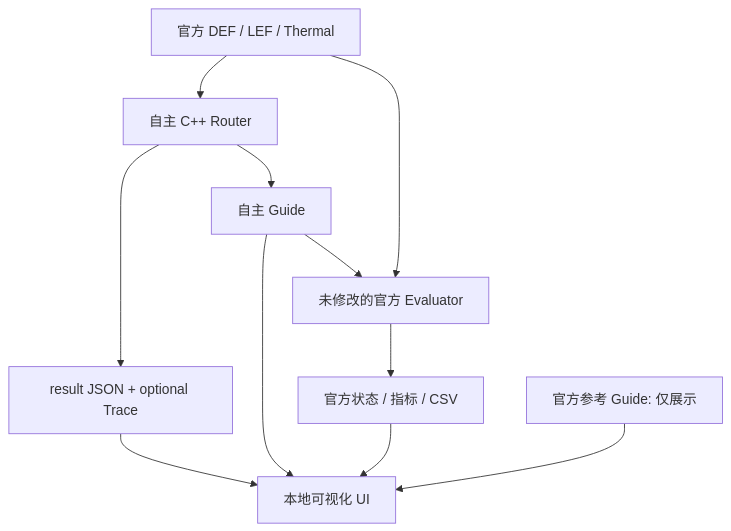
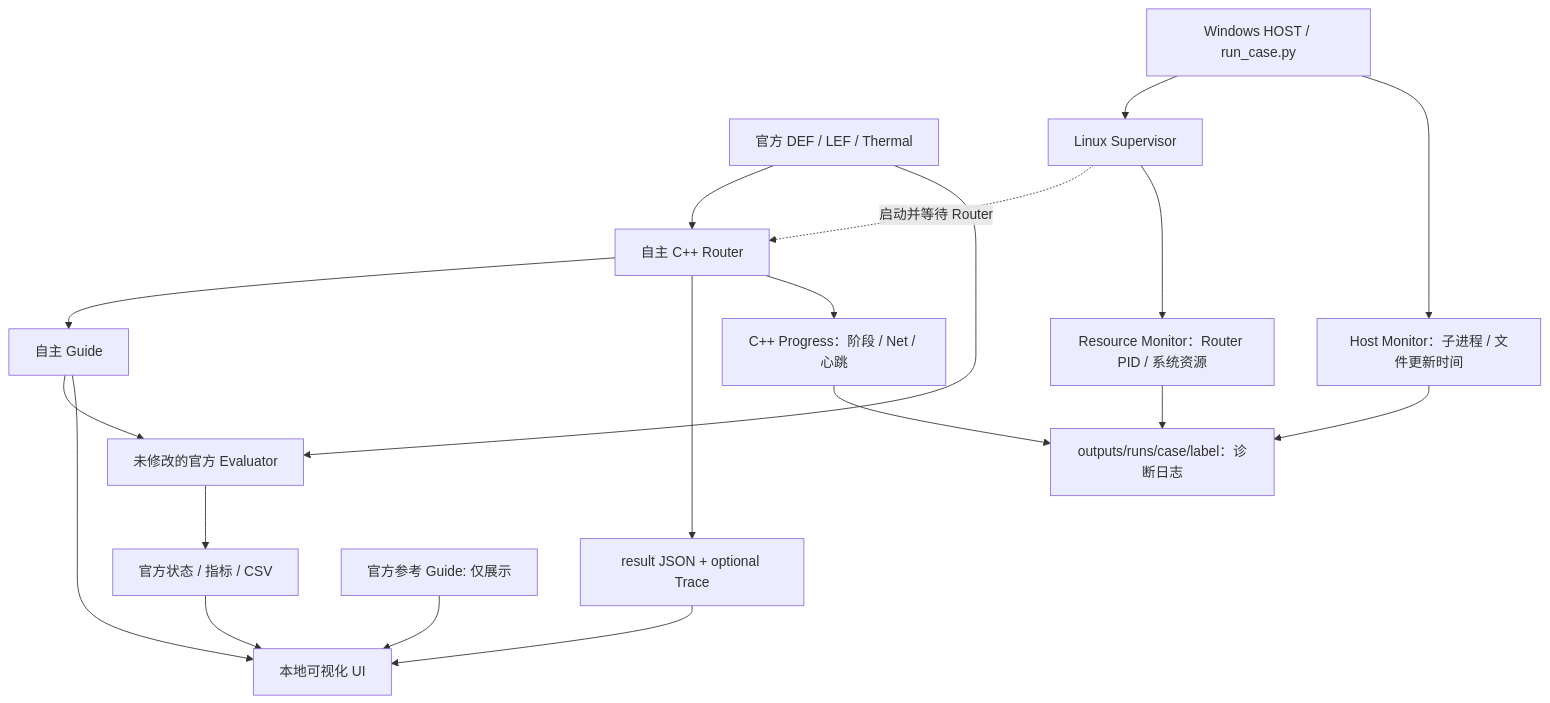
One commit to shenghong1130/3DIC-EDA changed the diagram in 目录结构.md. Above: the diagram before and after it, drawn with Mermaid. The commit also changed other lines of this file and 19 other files, not shown here.

````diff
--- a/目录结构.md
+++ b/目录结构.md
@@ -103,13 +128,21 @@
 ```mermaid
 flowchart TD
   O[官方 DEF / LEF / Thermal] --> R[自主 C++ Router]
   R --> G[自主 Guide]
   R --> D[result JSON + optional Trace]
   G --> E[未修改的官方 Evaluator]
   O --> E
   E --> S[官方状态 / 指标 / CSV]
   D --> U[本地可视化 UI]
   G --> U
   S --> U
   REF[官方参考 Guide: 仅展示] --> U
+  H["Windows HOST / run_case.py"] --> L["Linux Supervisor"]
+  L -. "启动并等待 Router" .-> R
+  R --> P["C++ Progress：阶段 / Net / 心跳"]
+  L --> M["Resource Monitor：Router PID / 系统资源"]
+  H --> HM["Host Monitor：子进程 / 文件更新时间"]
+  P --> LOGS["outputs/runs/case/label：诊断日志"]
+  M --> LOGS
+  HM --> LOGS
 ```
````
